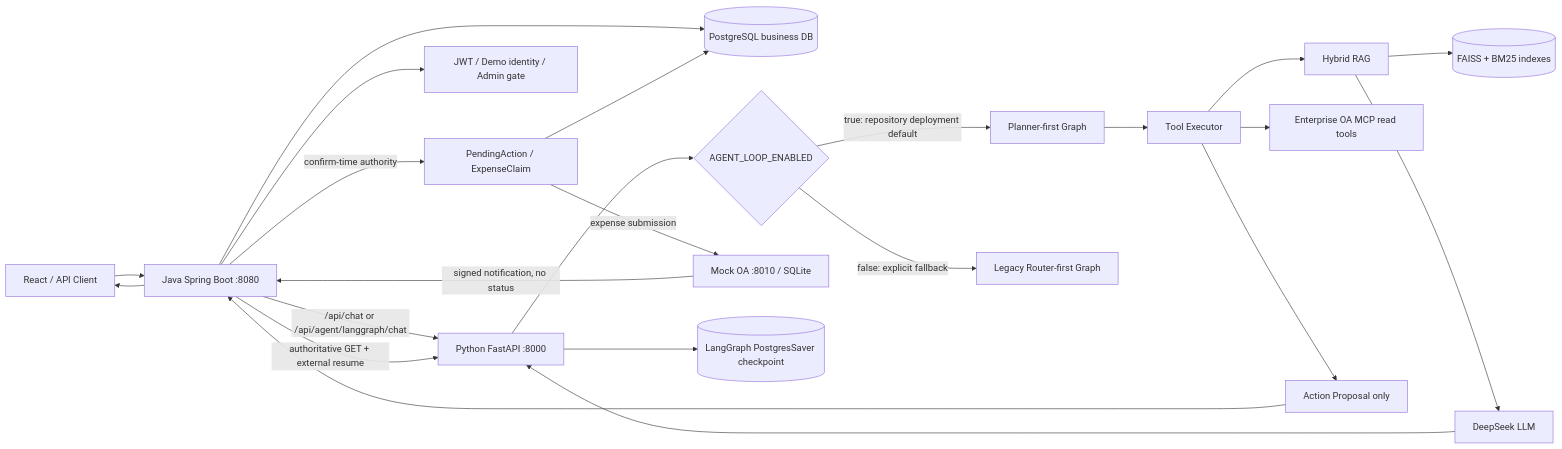
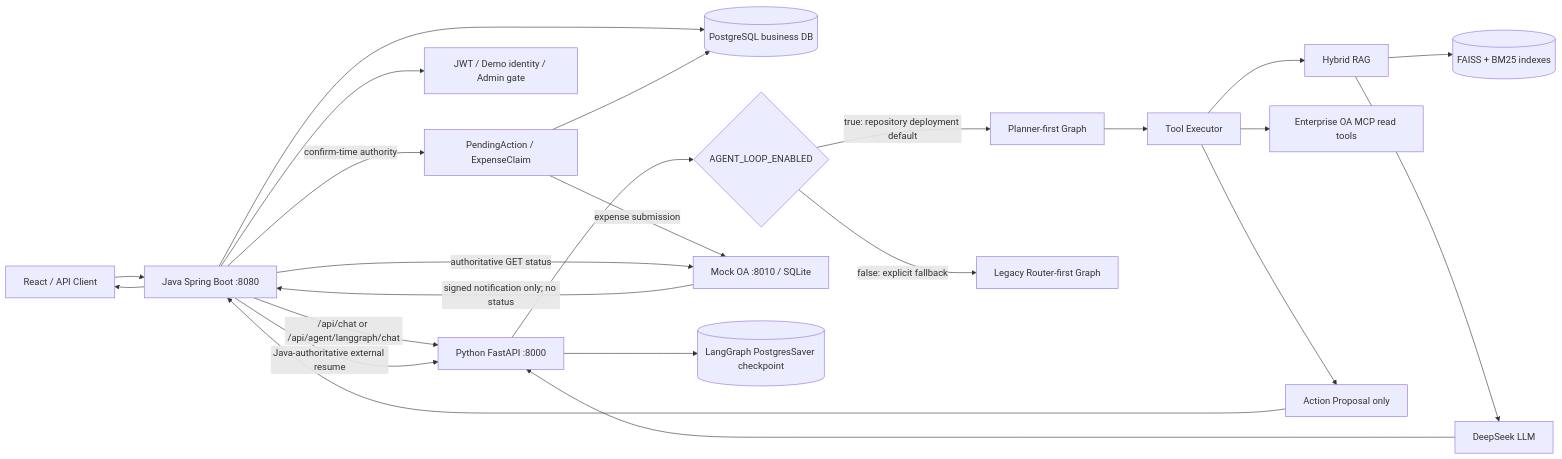
Before and after one commit to izz-BLUE/enterprise-ai-copilot: the diagram in README.md, drawn with Mermaid. The commit also changed other lines of this file and 8 other files, not shown here.

Commit message:
docs: fix final architecture documentation accuracy

````diff
--- a/README.md
+++ b/README.md
@@ -27,25 +27,26 @@
 ```mermaid
 flowchart LR
     UI[React / API Client] --> J[Java Spring Boot :8080]
     J -->|/api/chat or /api/agent/langgraph/chat| P[Python FastAPI :8000]
     J --> AUTH[JWT / Demo identity / Admin gate]
     J --> DB[(PostgreSQL business DB)]
     P --> G{AGENT_LOOP_ENABLED}
     G -->|true: repository deployment default| PL[Planner-first Graph]
     G -->|false: explicit fallback| RT[Legacy Router-first Graph]
     PL --> EX[Tool Executor]
     EX --> RAG[Hybrid RAG]
     EX --> MCP[Enterprise OA MCP read tools]
     EX --> PROP[Action Proposal only]
     RAG --> IDX[(FAISS + BM25 indexes)]
     RAG --> LLM[DeepSeek LLM]
     PROP --> J
     J -->|confirm-time authority| PA[PendingAction / ExpenseClaim]
     PA --> DB
     PA -->|expense submission| OA[Mock OA :8010 / SQLite]
-    OA -->|signed notification, no status| J
-    J -->|authoritative GET + external resume| P
+    OA -->|signed notification only; no status| J
+    J -->|authoritative GET status| OA
+    J -->|Java-authoritative external resume| P
     P --> CP[(LangGraph PostgresSaver checkpoint)]
     LLM --> P
     J --> UI
 ```
````
